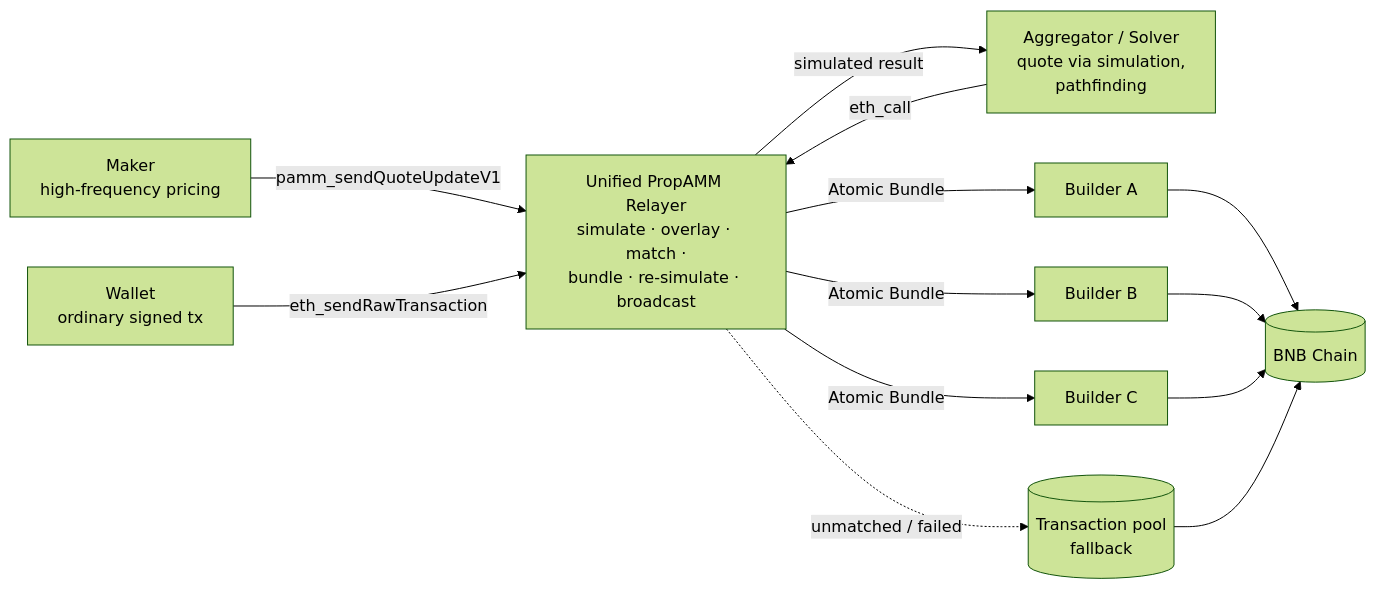
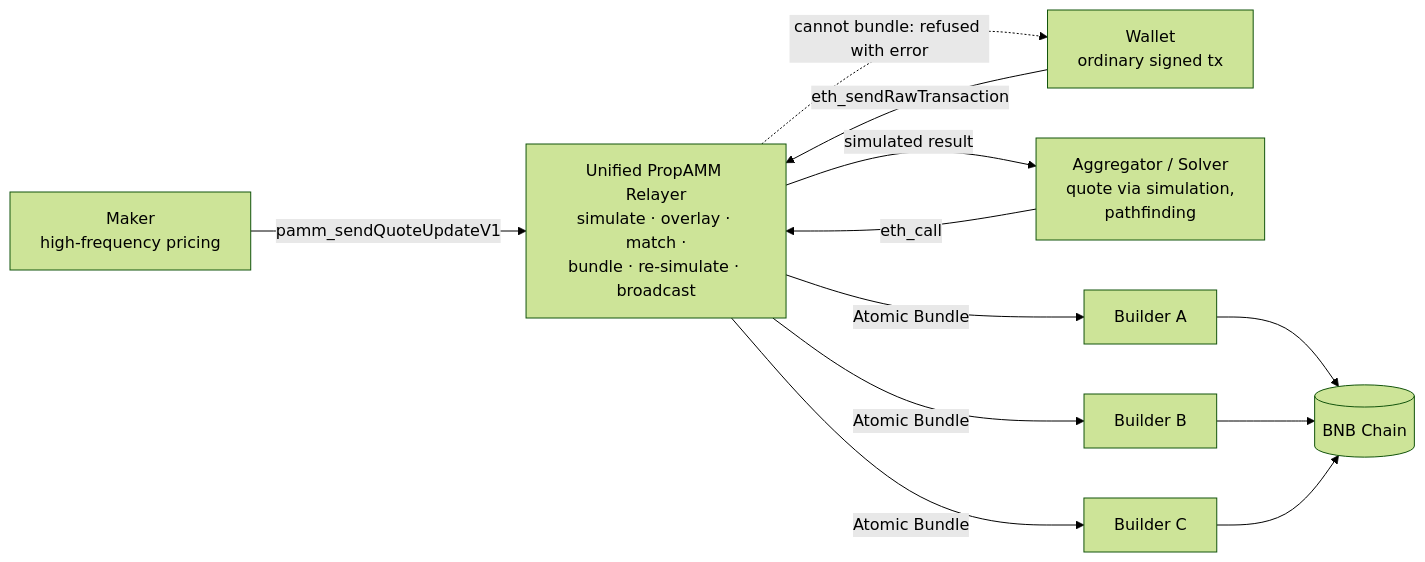
One commit to bnb-chain/BEPs changed the first of 2 diagrams in BAPs/BAP-710.md. Above: the diagram before and after it, drawn with Mermaid (forest theme). The commit also changed other lines of this file, not shown here.

````diff
--- a/BAPs/BAP-710.md
+++ b/BAPs/BAP-710.md
@@ -105,25 +105,23 @@
 ```mermaid
 flowchart LR
     M[Maker<br/>high-frequency pricing]
     W[Wallet<br/>ordinary signed tx]
     S[Aggregator / Solver<br/>quote via simulation,<br/>pathfinding]
     R[Unified PropAMM Relayer<br/>simulate · overlay · match ·<br/>bundle · re-simulate · broadcast]
-    P[(Transaction pool<br/>fallback)]
     BA[Builder A]
     BB[Builder B]
     BC[Builder C]
     C[(BNB Chain)]
 
     M -->|pamm_sendQuoteUpdateV1| R
     S -->|eth_call| R
     R -->|simulated result| S
     W -->|eth_sendRawTransaction| R
     R -->|Atomic Bundle| BA
     R -->|Atomic Bundle| BB
     R -->|Atomic Bundle| BC
-    R -.->|unmatched / failed| P
+    R -.->|cannot bundle: refused with error| W
     BA --> C
     BB --> C
     BC --> C
-    P --> C
 ```
````
